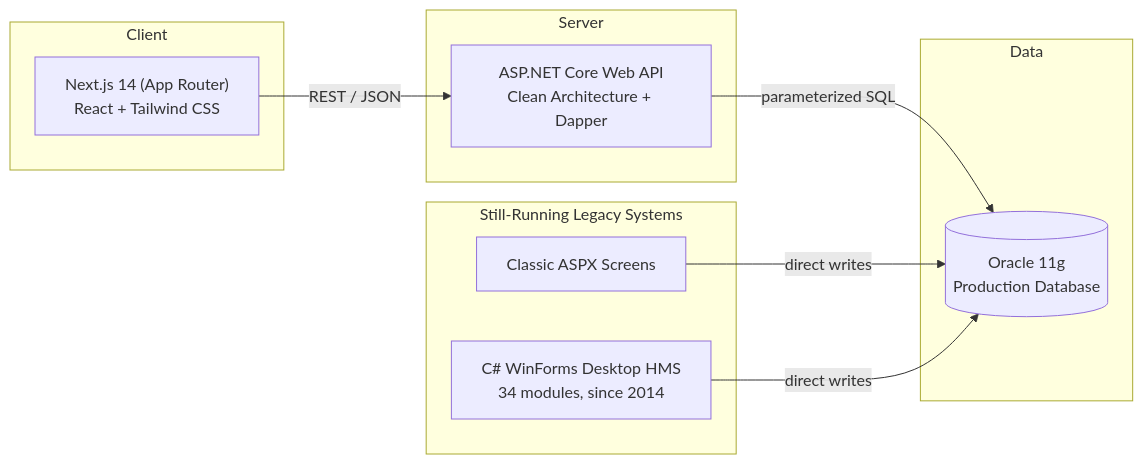
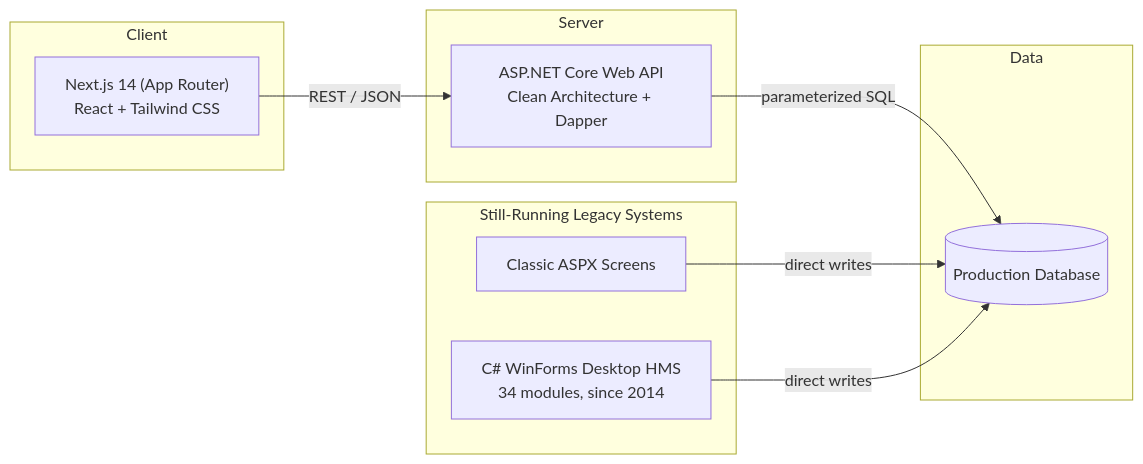
One commit to azizulbcse/nhfri-hims-case-study changed the diagram in README.md. Above: the diagram before and after it, drawn with Mermaid. The commit also changed other lines of this file, not shown here.

````diff
--- a/README.md
+++ b/README.md
@@ -76,21 +76,21 @@
 ```mermaid
 graph LR
     subgraph Client["Client"]
         A["Next.js 14 (App Router)<br/>React + Tailwind CSS"]
     end
     subgraph Server["Server"]
         B["ASP.NET Core Web API<br/>Clean Architecture + Dapper"]
     end
     subgraph Data["Data"]
-        C[("Oracle 11g<br/>Production Database")]
+        C[("Production Database")]
     end
     subgraph Legacy["Still-Running Legacy Systems"]
         D["Classic ASPX Screens"]
         E["C# WinForms Desktop HMS<br/>34 modules, since 2014"]
     end
 
     A -- "REST / JSON" --> B
     B -- "parameterized SQL" --> C
     D -- "direct writes" --> C
     E -- "direct writes" --> C
 ```
````
